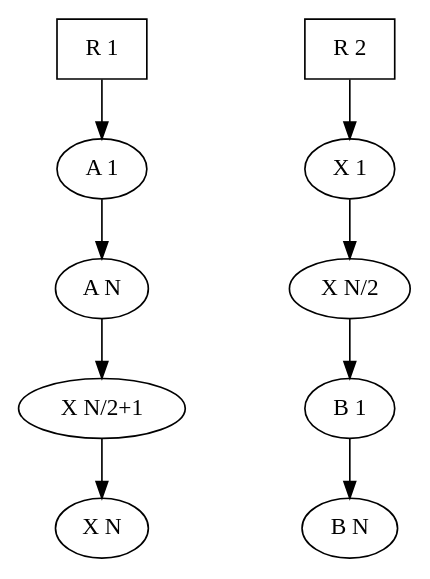
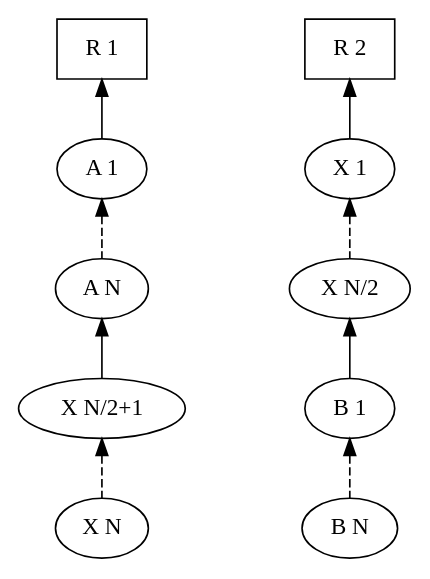
Before and after one commit to sligoo/TheorieDesGraphes: the diagram in Projet/Ordonnancement2c.dot, drawn with Graphviz. The commit also changed 1 other file, not shown here.

Commit message:
Amélioration du graphe

```diff
--- a/Projet/Ordonnancement2c.dot
+++ b/Projet/Ordonnancement2c.dot
@@ -1,25 +1,32 @@
 // tuto : http://www.tonyballantyne.com/graphs.html
 // doc : http://graphviz.org/pdf/dotguide.pdf
 // doc attribut : www.graphviz.org/doc/info/attrs.html 
 
 
 digraph plan{
     nodesep=1.0 // increases the separation between nodes
     //node [shape=circle, fontname="Verdana"]
+    edge [dir=back]
 
     R1 [label="R 1", shape=box]
     R2 [label="R 2", shape=box]
     
     A_1 [label="A 1"]
     A_N [label="A N"]
     B_1 [label="B 1"]
     B_N [label="B N"]
     X_1 [label="X 1"]
     X_N2 [label="X N/2"]
     X_N21 [label="X N/2+1"]
     X_N [label="X N"]
 
-    R1 -> A_1 -> A_N -> X_N21 -> X_N
-    R2 -> X_1 -> X_N2 -> B_1 -> B_N
+    R1 -> A_1 
+    A_1 -> A_N [style=dashed] 
+    A_N-> X_N21 
+    X_N21-> X_N [style=dashed]
+    R2 -> X_1 
+    X_1-> X_N2 [style=dashed]
+    X_N2 -> B_1
+    B_1 -> B_N [style=dashed]
 
 }
```
